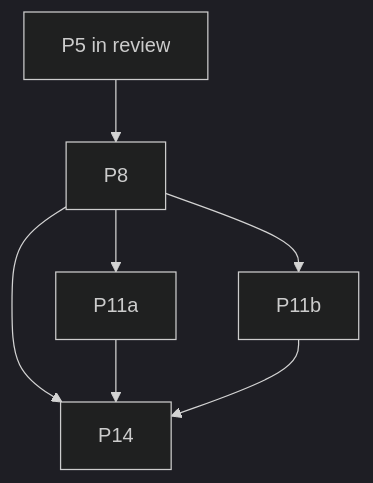
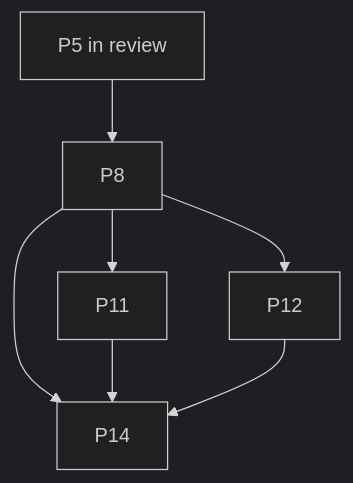
One commit to teamupstart/mission-control changed the first of 2 diagrams in docs/plans/headless-mode-implementation/phased-plan.md. Above: the diagram before and after it, drawn with Mermaid (dark theme). The commit also changed other lines of this file and 7 other files, not shown here.

````diff
--- a/docs/plans/headless-mode-implementation/phased-plan.md
+++ b/docs/plans/headless-mode-implementation/phased-plan.md
@@ -29,9 +29,9 @@
 ```mermaid
 flowchart TD
   P5[P5 in review] --> P8
-  P8 --> P11a
-  P8 --> P11b
+  P8 --> P11
+  P8 --> P12
   P8 --> P14
-  P11a --> P14
-  P11b --> P14
+  P11 --> P14
+  P12 --> P14
 ```
````
